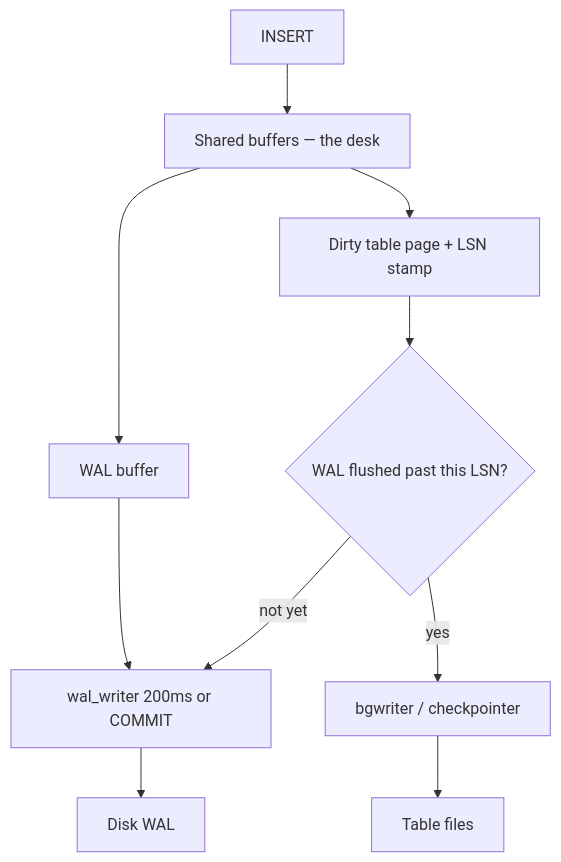
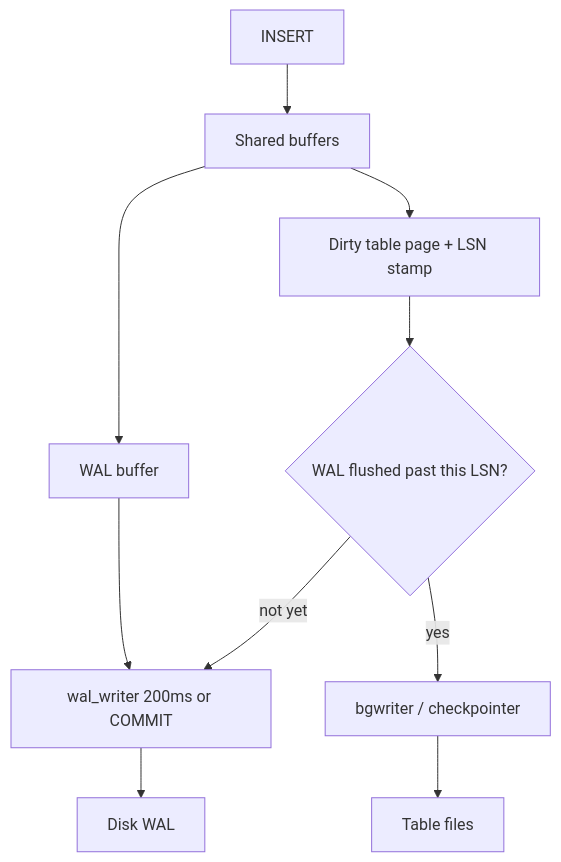
The first of 2 diagrams in _posts/2026-09-24-postgres-physics-of-speed.md (vijaykumarjob0701/theintelliwise), drawn with Mermaid before and after one commit. The commit also changed other lines of this file, not shown here.

````diff
--- a/_posts/2026-09-24-postgres-physics-of-speed.md
+++ b/_posts/2026-09-24-postgres-physics-of-speed.md
@@ -69,12 +69,12 @@
 ```mermaid
 flowchart TB
-  A[INSERT] --> B[Shared buffers — the desk]
+  A[INSERT] --> B[Shared buffers]
   B --> C[WAL buffer]
   B --> D[Dirty table page + LSN stamp]
   C --> E["wal_writer 200ms or COMMIT"]
   E --> F[Disk WAL]
   D --> G{WAL flushed past this LSN?}
   G -->|not yet| E
   G -->|yes| H[bgwriter / checkpointer]
   H --> I[Table files]
 ```
````
